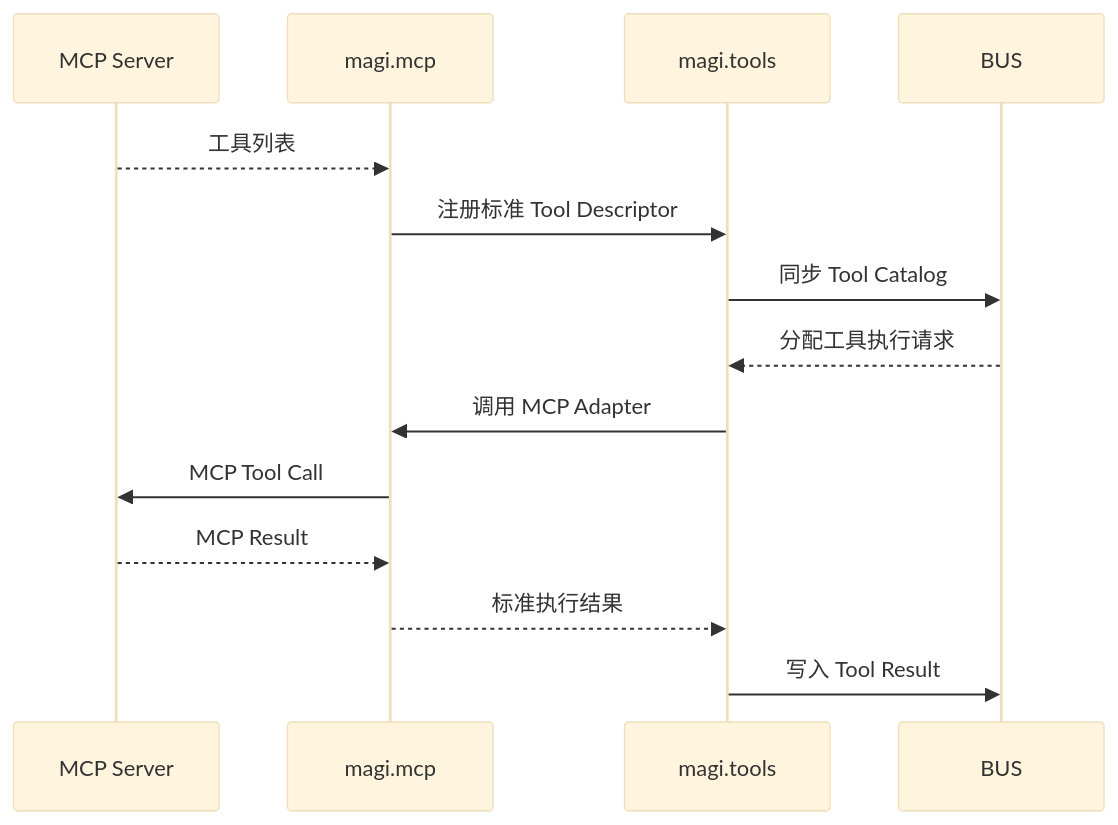
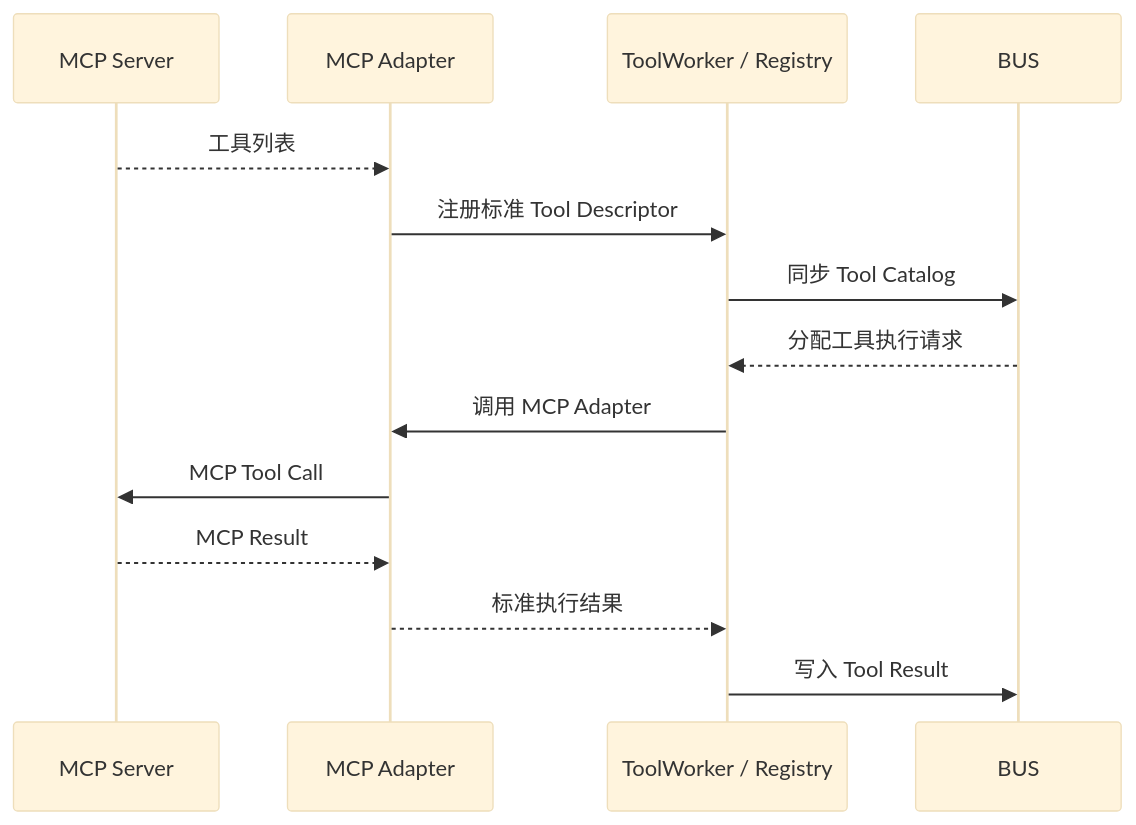
One commit to realTaki/MAGI changed the fourth of 6 diagrams in docs/MAGI_MODULE_RESPONSIBILITIES_AND_DEPENDENCIES.md. Above: the diagram before and after it, drawn with Mermaid (base theme). The commit also changed other lines of this file, not shown here.

Commit message:
docs: clarify tool adapter dependency inversion

````diff
--- a/docs/MAGI_MODULE_RESPONSIBILITIES_AND_DEPENDENCIES.md
+++ b/docs/MAGI_MODULE_RESPONSIBILITIES_AND_DEPENDENCIES.md
@@ -578,17 +595,17 @@
 ```mermaid
 sequenceDiagram
     participant MS as MCP Server
-    participant MCP as magi.mcp
-    participant TOOLS as magi.tools
+    participant MCP as MCP Adapter
+    participant TOOLS as ToolWorker / Registry
     participant BUS as BUS
 
     MS-->>MCP: 工具列表
     MCP->>TOOLS: 注册标准 Tool Descriptor
     TOOLS->>BUS: 同步 Tool Catalog
     BUS-->>TOOLS: 分配工具执行请求
     TOOLS->>MCP: 调用 MCP Adapter
     MCP->>MS: MCP Tool Call
     MS-->>MCP: MCP Result
     MCP-->>TOOLS: 标准执行结果
     TOOLS->>BUS: 写入 Tool Result
 ```
````
